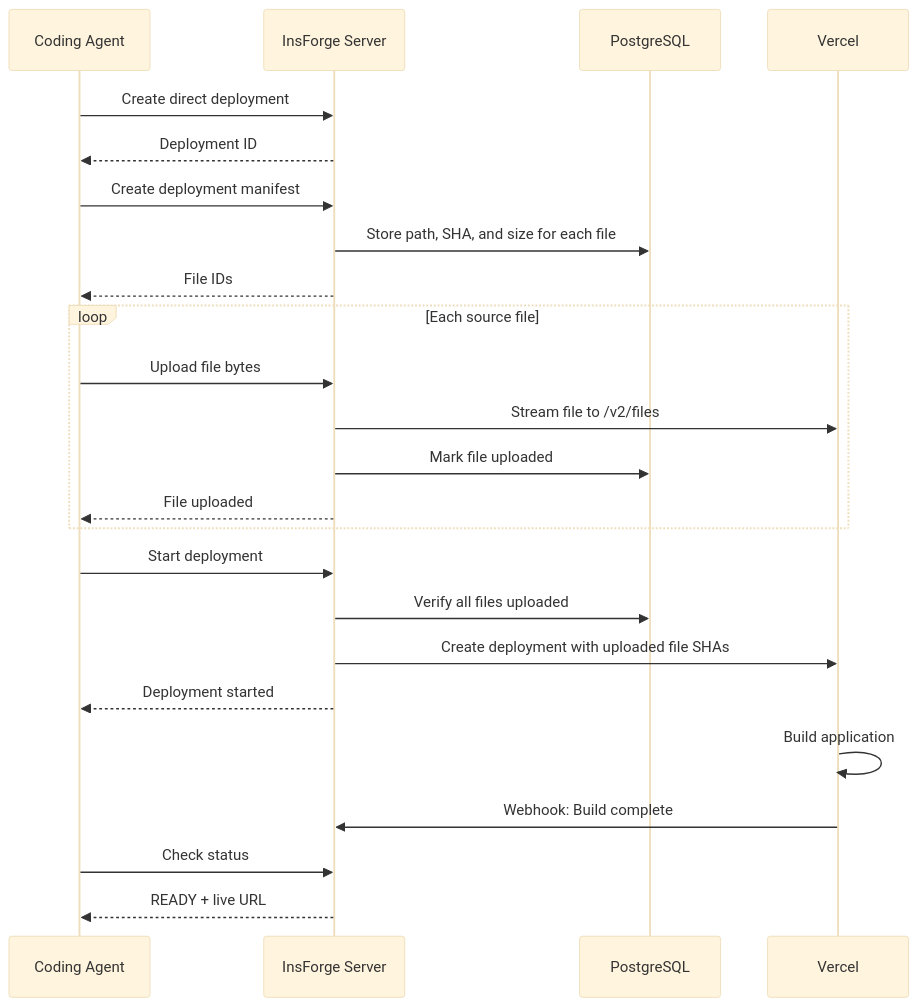
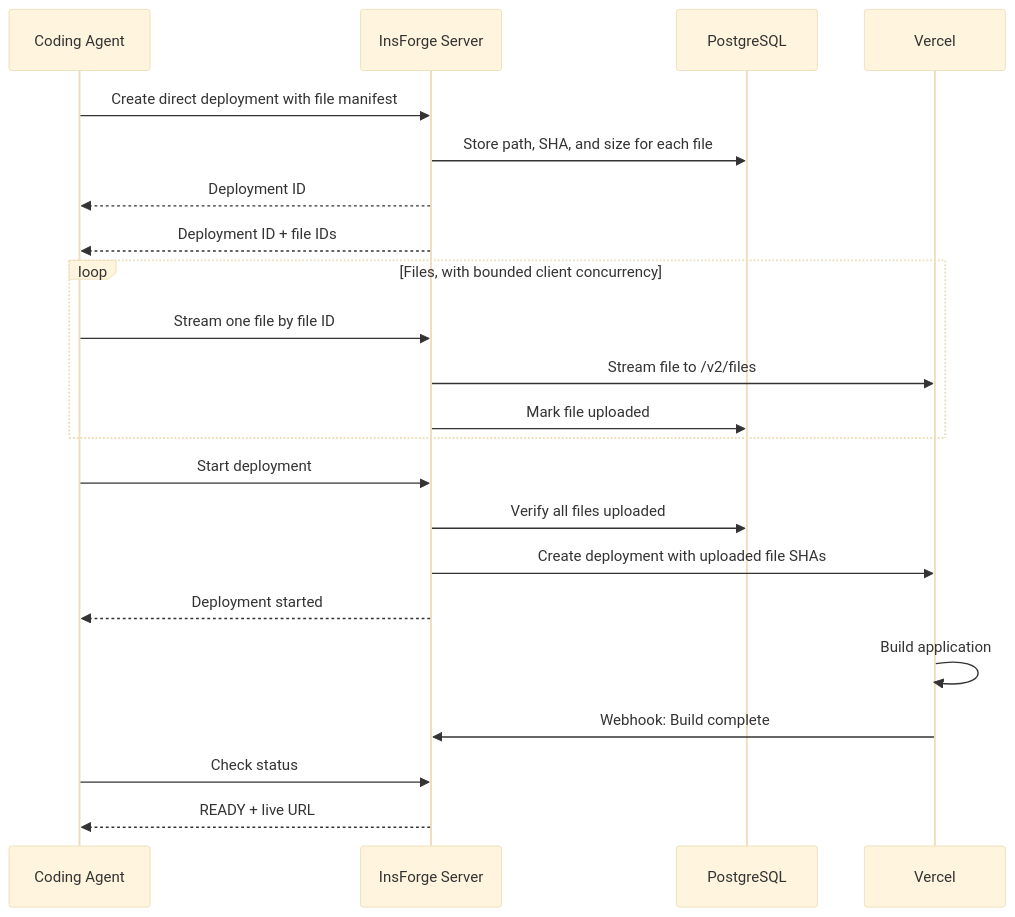
The second of 2 diagrams in docs/core-concepts/deployments/architecture.mdx (InsForge/InsForge), drawn with Mermaid (base theme) before and after one commit. The commit also changed other lines of this file and 10 other files, not shown here.

Commit message:
optimize flow

````diff
--- a/docs/core-concepts/deployments/architecture.mdx
+++ b/docs/core-concepts/deployments/architecture.mdx
@@ -60,32 +60,30 @@
 ```mermaid
 sequenceDiagram
     participant Agent as Coding Agent
     participant API as InsForge Server
     participant DB as PostgreSQL
     participant Vercel as Vercel
 
-    Agent->>API: Create direct deployment
+    Agent->>API: Create direct deployment with file manifest
+    API->>DB: Store path, SHA, and size for each file
     API-->>Agent: Deployment ID
 
-    Agent->>API: Create deployment manifest
-    API->>DB: Store path, SHA, and size for each file
-    API-->>Agent: File IDs
+    API-->>Agent: Deployment ID + file IDs
 
-    loop Each source file
-        Agent->>API: Upload file bytes
+    loop Files, with bounded client concurrency
+        Agent->>API: Stream one file by file ID
         API->>Vercel: Stream file to /v2/files
         API->>DB: Mark file uploaded
-        API-->>Agent: File uploaded
     end
 
     Agent->>API: Start deployment
     API->>DB: Verify all files uploaded
     API->>Vercel: Create deployment with uploaded file SHAs
     API-->>Agent: Deployment started
 
     Vercel->>Vercel: Build application
     Vercel->>API: Webhook: Build complete
 
     Agent->>API: Check status
     API-->>Agent: READY + live URL
 ```
````
